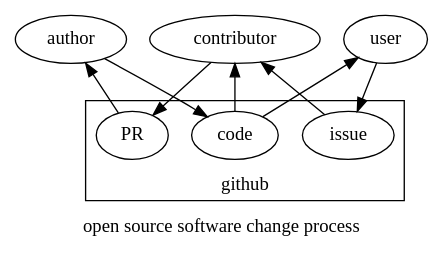
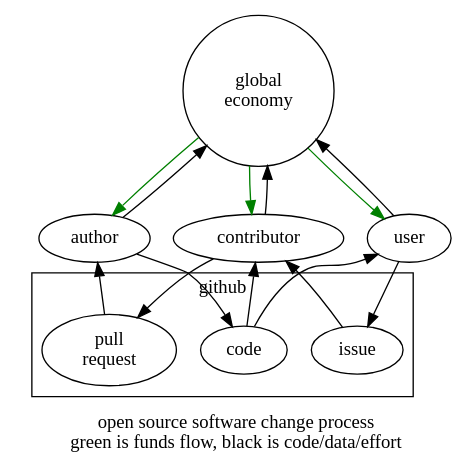
One commit to ciwg/cswg changed the diagram in content/docs/change/oss.dot. Above: the diagram before and after it, drawn with Graphviz. The commit also changed 7 other files, not shown here.

First line of the commit message:
add oss and nom-2016 change graphs

```diff
--- a/content/docs/change/oss.dot
+++ b/content/docs/change/oss.dot
@@ -1,19 +1,38 @@
 digraph change_oss {
-    rankdir=BT;
-    label="open source software change process"
+    rankdir=TB;
+    label="open source software change process\ngreen is funds flow, black is code/data/effort"
 
+    eco [label="global\neconomy", shape=circle, rank=1];
+    PR [label="pull\nrequest"];
+    
+    author;
+    contributor;
+    user;
+
+    eco -> author [color=green, weight=2];
+    eco -> contributor [color=green];
+    eco -> user [color=green];
+
+    author -> eco;
+    contributor -> eco;
+    user -> eco;
+    
+    author -> code [weight=4];
+    code -> user;
+    code -> contributor;
+    user -> issue [weight=2];
+    issue -> contributor;
+    contributor -> PR [weight=2];
+    PR -> author;
+
+
+    
     subgraph cluster_0 {
         label=github;
         issue;
         PR;
         code;
     }
+        
 
-    author -> code;
-    code -> user;
-    code -> contributor;
-    user -> issue;
-    issue -> contributor;
-    contributor -> PR;
-    PR -> author;
 }
```
